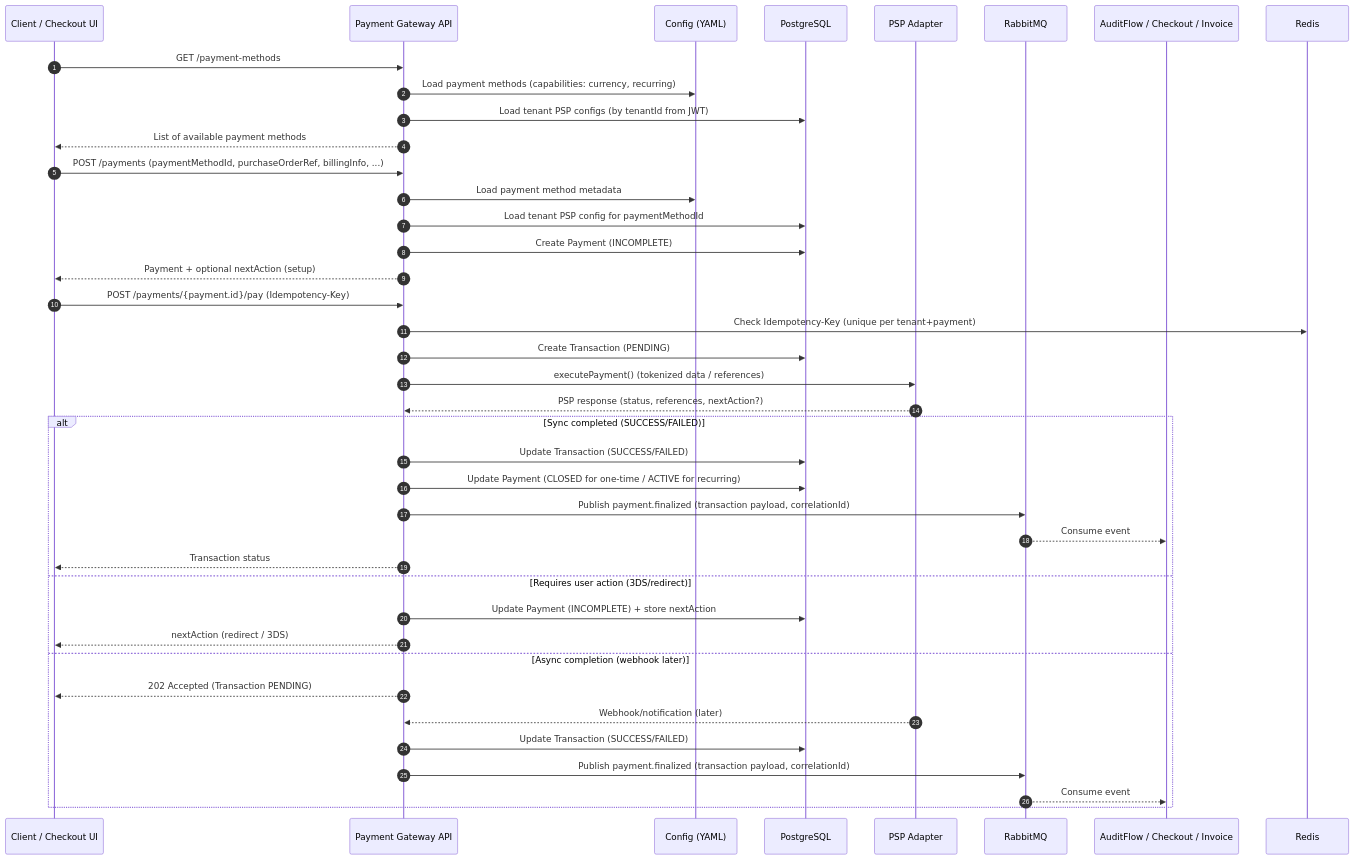
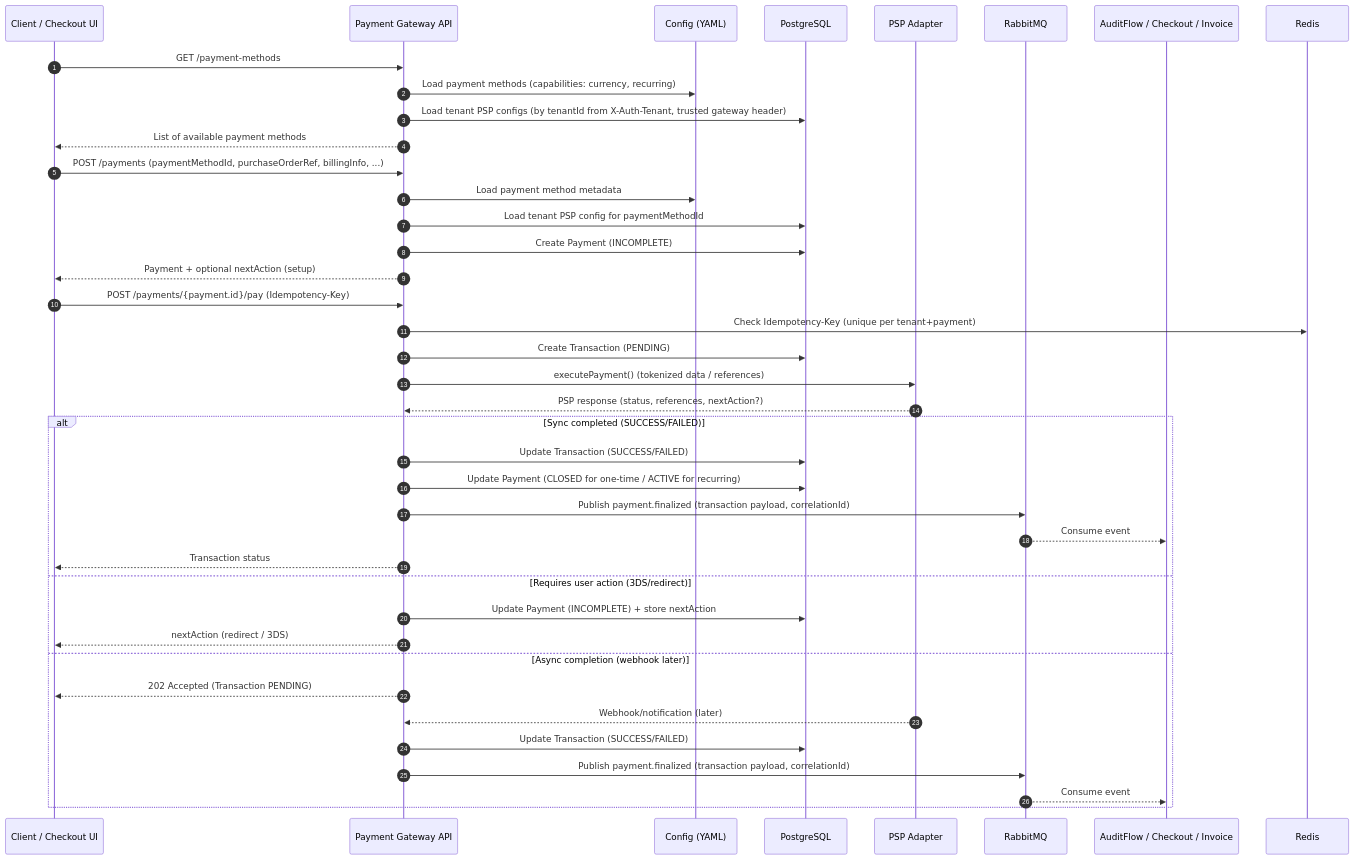
Before and after one commit to Labs64/labs64.io-docs: the diagram in payment-gateway/readme.md, drawn with Mermaid.

````diff
--- a/payment-gateway/readme.md
+++ b/payment-gateway/readme.md
@@ -254,46 +254,46 @@
 ```mermaid
 sequenceDiagram
   autonumber
 
   participant Client as Client / Checkout UI
   participant API as Payment Gateway API
   participant CFG as Config (YAML)
   participant DB as PostgreSQL
   participant PSP as PSP Adapter
   participant MQ as RabbitMQ
   participant Subscriber as AuditFlow / Checkout / Invoice
 
   Client->>API: GET /payment-methods
   API->>CFG: Load payment methods (capabilities: currency, recurring)
-  API->>DB: Load tenant PSP configs (by tenantId from JWT)
+  API->>DB: Load tenant PSP configs (by tenantId from X-Auth-Tenant, trusted gateway header)
   API-->>Client: List of available payment methods
 
   Client->>API: POST /payments (paymentMethodId, purchaseOrderRef, billingInfo, ...)
   API->>CFG: Load payment method metadata
   API->>DB: Load tenant PSP config for paymentMethodId
   API->>DB: Create Payment (INCOMPLETE)
   API-->>Client: Payment + optional nextAction (setup)
 
   Client->>API: POST /payments/{payment.id}/pay (Idempotency-Key)
   API->>Redis: Check Idempotency-Key (unique per tenant+payment)
   API->>DB: Create Transaction (PENDING)
   API->>PSP: executePayment() (tokenized data / references)
   PSP-->>API: PSP response (status, references, nextAction?)
 
   alt Sync completed (SUCCESS/FAILED)
     API->>DB: Update Transaction (SUCCESS/FAILED)
     API->>DB: Update Payment (CLOSED for one-time / ACTIVE for recurring)
     API->>MQ: Publish payment.finalized (transaction payload, correlationId)
     MQ-->>Subscriber: Consume event
     API-->>Client: Transaction status
   else Requires user action (3DS/redirect)
     API->>DB: Update Payment (INCOMPLETE) + store nextAction
     API-->>Client: nextAction (redirect / 3DS)
   else Async completion (webhook later)
     API-->>Client: 202 Accepted (Transaction PENDING)
     PSP-->>API: Webhook/notification (later)
     API->>DB: Update Transaction (SUCCESS/FAILED)
     API->>MQ: Publish payment.finalized (transaction payload, correlationId)
     MQ-->>Subscriber: Consume event
   end
 ```
````
